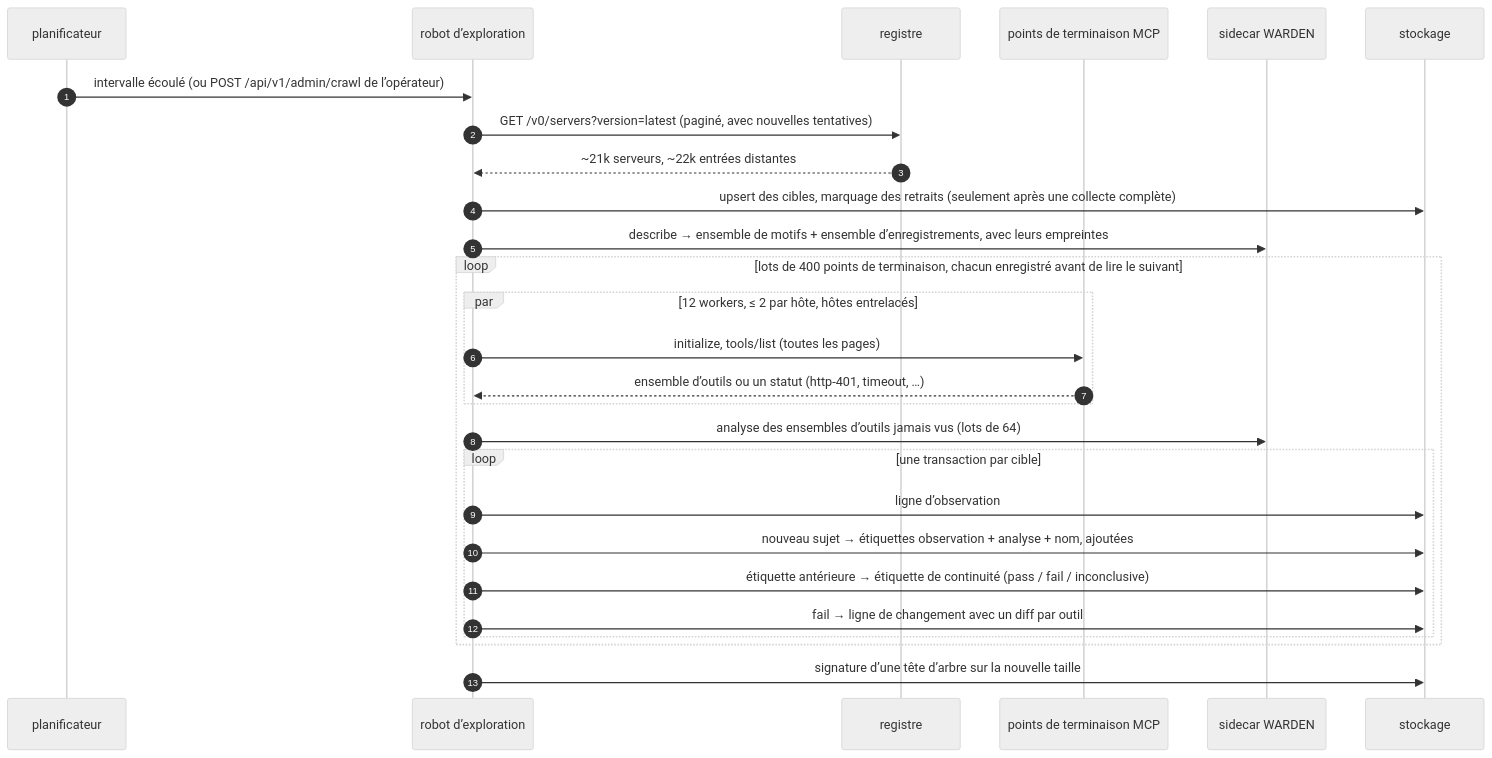
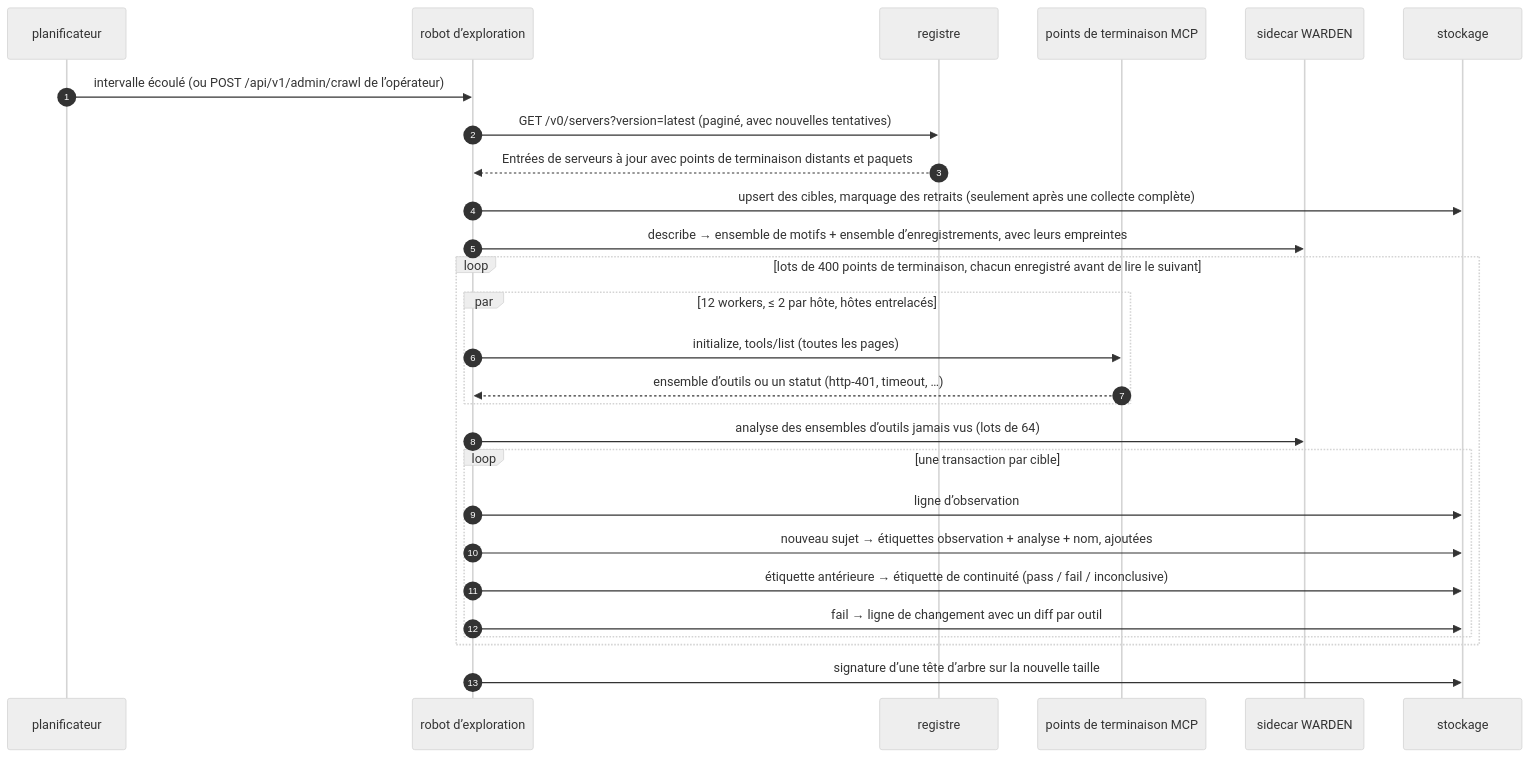
One commit to alexar76/histor changed the second of 4 diagrams in docs/architecture.fr.md. Above: the diagram before and after it, drawn with Mermaid (neutral theme). The commit also changed other lines of this file and 42 other files, not shown here.

````diff
--- a/docs/architecture.fr.md
+++ b/docs/architecture.fr.md
@@ -59,29 +59,29 @@
 ```mermaid
 sequenceDiagram
     autonumber
     participant S as planificateur
     participant C as robot d’exploration
     participant R as registre
     participant M as points de terminaison MCP
     participant W as sidecar WARDEN
     participant DB as stockage
     S->>C: intervalle écoulé (ou POST /api/v1/admin/crawl de l’opérateur)
     C->>R: GET /v0/servers?version=latest (paginé, avec nouvelles tentatives)
-    R-->>C: ~21k serveurs, ~22k entrées distantes
+    R-->>C: Entrées de serveurs à jour avec points de terminaison distants et paquets
     C->>DB: upsert des cibles, marquage des retraits (seulement après une collecte complète)
     C->>W: describe → ensemble de motifs + ensemble d’enregistrements, avec leurs empreintes
     loop lots de 400 points de terminaison, chacun enregistré avant de lire le suivant
     par 12 workers, ≤ 2 par hôte, hôtes entrelacés
         C->>M: initialize, tools/list (toutes les pages)
         M-->>C: ensemble d’outils ou un statut (http-401, timeout, …)
     end
     C->>W: analyse des ensembles d’outils jamais vus (lots de 64)
     loop une transaction par cible
         C->>DB: ligne d’observation
         C->>DB: nouveau sujet → étiquettes observation + analyse + nom, ajoutées
         C->>DB: étiquette antérieure → étiquette de continuité (pass / fail / inconclusive)
         C->>DB: fail → ligne de changement avec un diff par outil
     end
     end
     C->>DB: signature d’une tête d’arbre sur la nouvelle taille
 ```
````
